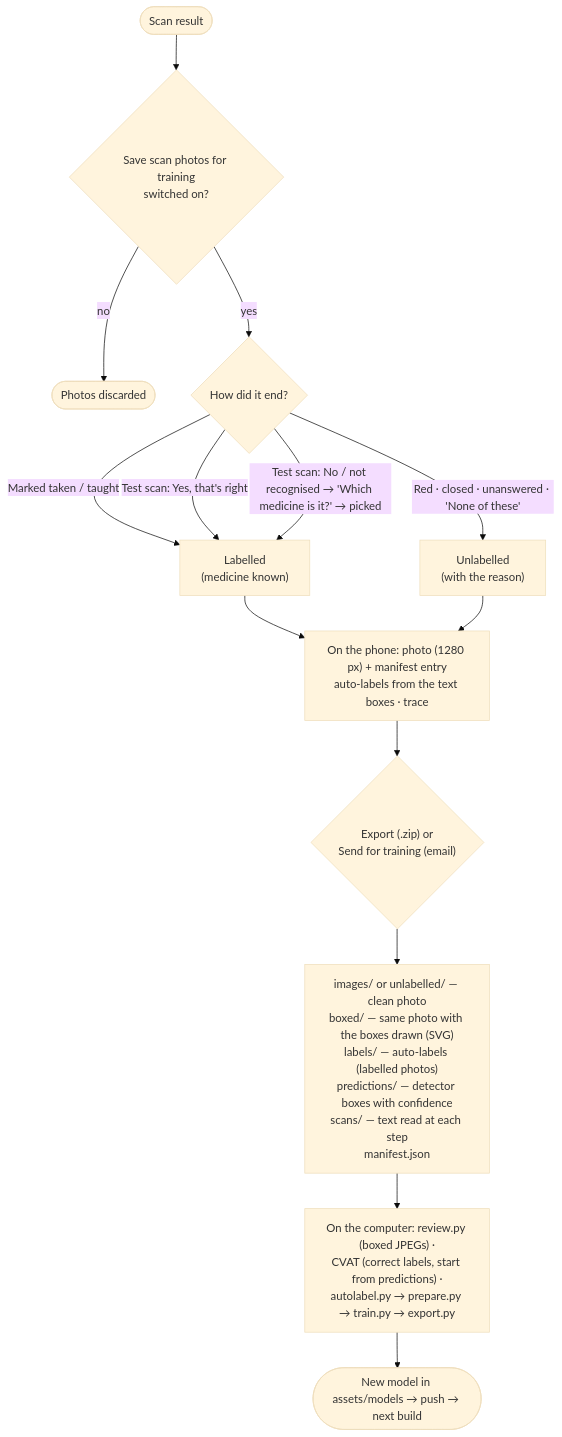
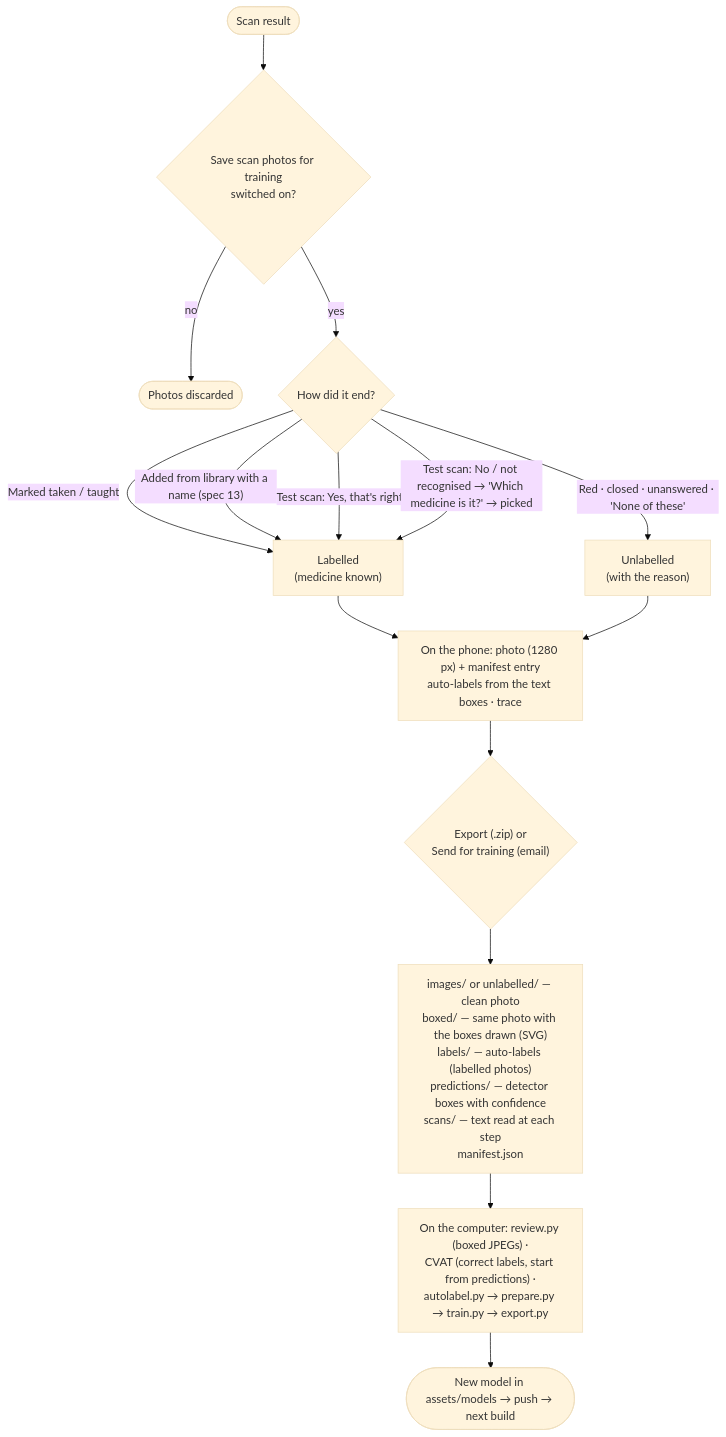
One commit to aronipani/medsync changed the second of 2 diagrams in docs/specs/12-strip-scan-pipeline.md. Above: the diagram before and after it, drawn with Mermaid (base theme). The commit also changed other lines of this file and 10 other files, not shown here.

````diff
--- a/docs/specs/12-strip-scan-pipeline.md
+++ b/docs/specs/12-strip-scan-pipeline.md
@@ -40,16 +40,17 @@
 ```mermaid
 flowchart TD
     S([Scan result]) --> T{"Save scan photos for training<br/>switched on?"}
     T -- no --> Z([Photos discarded])
     T -- yes --> U{How did it end?}
     U -- "Marked taken / taught" --> L["Labelled<br/>(medicine known)"]
+    U -- "Added from library with a name (spec 13)" --> L
     U -- "Test scan: Yes, that's right" --> L
     U -- "Test scan: No / not recognised → 'Which medicine is it?' → picked" --> L
     U -- "Red · closed · unanswered · 'None of these'" --> UL["Unlabelled<br/>(with the reason)"]
     L --> K["On the phone: photo (1280 px) + manifest entry<br/>auto-labels from the text boxes · trace"]
     UL --> K
     K --> EX{"Export (.zip) or<br/>Send for training (email)"}
     EX --> ZIP["images/ or unlabelled/ — clean photo<br/>boxed/ — same photo with the boxes drawn (SVG)<br/>labels/ — auto-labels (labelled photos)<br/>predictions/ — detector boxes with confidence<br/>scans/ — text read at each step<br/>manifest.json"]
     ZIP --> PC["On the computer: review.py (boxed JPEGs) ·<br/>CVAT (correct labels, start from predictions) ·<br/>autolabel.py → prepare.py → train.py → export.py"]
     PC --> APP([New model in assets/models → push → next build])
 ```
````
